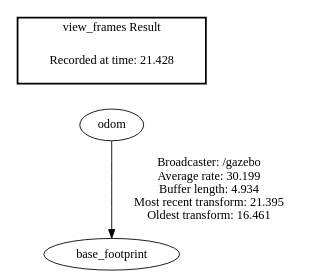
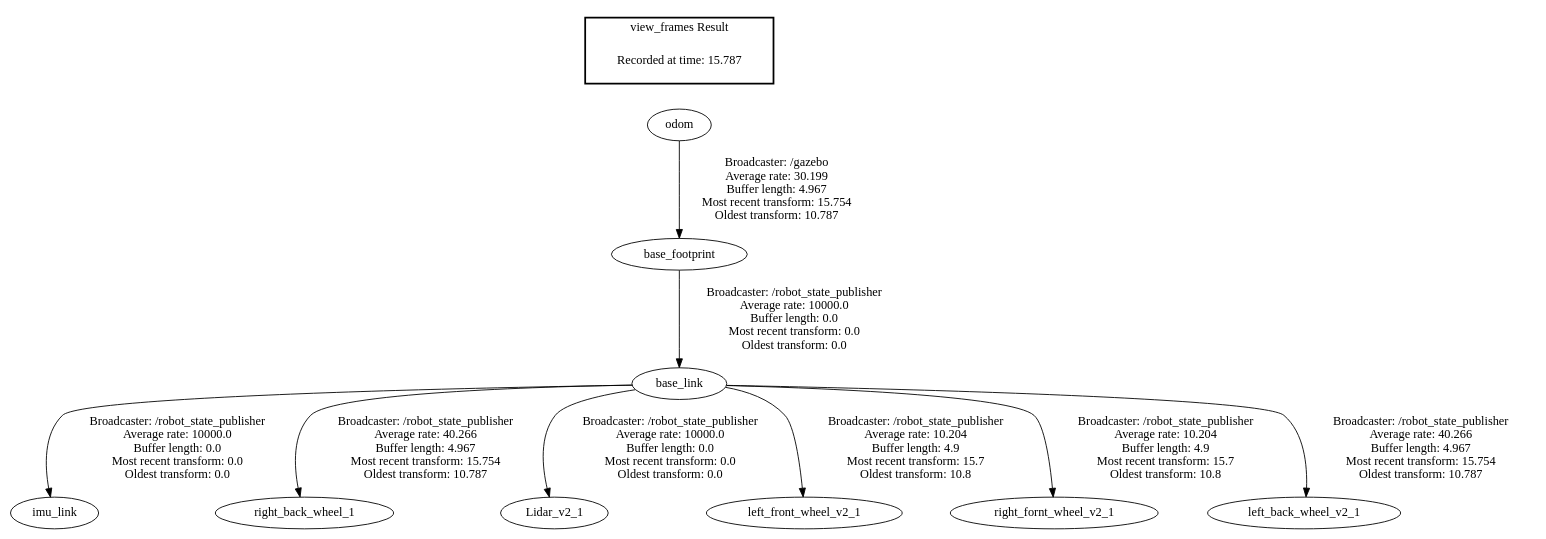
One commit to earthtennison/robocup-navigation changed the diagram in non_ws/frames.gv. Above: the diagram before and after it, drawn with Graphviz. The commit also changed 5 other files, not shown here.

```diff
--- a/non_ws/frames.gv
+++ b/non_ws/frames.gv
@@ -1,7 +1,14 @@
 digraph G {
-"odom" -> "base_footprint"[label=" Broadcaster: /gazebo\nAverage rate: 30.199\nBuffer length: 4.934\nMost recent transform: 21.395\nOldest transform: 16.461\n"];
+"base_link" -> "imu_link"[label=" Broadcaster: /robot_state_publisher\nAverage rate: 10000.0\nBuffer length: 0.0\nMost recent transform: 0.0\nOldest transform: 0.0\n"];
+"base_footprint" -> "base_link"[label=" Broadcaster: /robot_state_publisher\nAverage rate: 10000.0\nBuffer length: 0.0\nMost recent transform: 0.0\nOldest transform: 0.0\n"];
+"base_link" -> "right_back_wheel_1"[label=" Broadcaster: /robot_state_publisher\nAverage rate: 40.266\nBuffer length: 4.967\nMost recent transform: 15.754\nOldest transform: 10.787\n"];
+"base_link" -> "Lidar_v2_1"[label=" Broadcaster: /robot_state_publisher\nAverage rate: 10000.0\nBuffer length: 0.0\nMost recent transform: 0.0\nOldest transform: 0.0\n"];
+"base_link" -> "left_front_wheel_v2_1"[label=" Broadcaster: /robot_state_publisher\nAverage rate: 10.204\nBuffer length: 4.9\nMost recent transform: 15.7\nOldest transform: 10.8\n"];
+"base_link" -> "right_fornt_wheel_v2_1"[label=" Broadcaster: /robot_state_publisher\nAverage rate: 10.204\nBuffer length: 4.9\nMost recent transform: 15.7\nOldest transform: 10.8\n"];
+"odom" -> "base_footprint"[label=" Broadcaster: /gazebo\nAverage rate: 30.199\nBuffer length: 4.967\nMost recent transform: 15.754\nOldest transform: 10.787\n"];
+"base_link" -> "left_back_wheel_v2_1"[label=" Broadcaster: /robot_state_publisher\nAverage rate: 40.266\nBuffer length: 4.967\nMost recent transform: 15.754\nOldest transform: 10.787\n"];
 edge [style=invis];
  subgraph cluster_legend { style=bold; color=black; label ="view_frames Result";
-"Recorded at time: 21.428"[ shape=plaintext ] ;
+"Recorded at time: 15.787"[ shape=plaintext ] ;
 }->"odom";
 }
```
